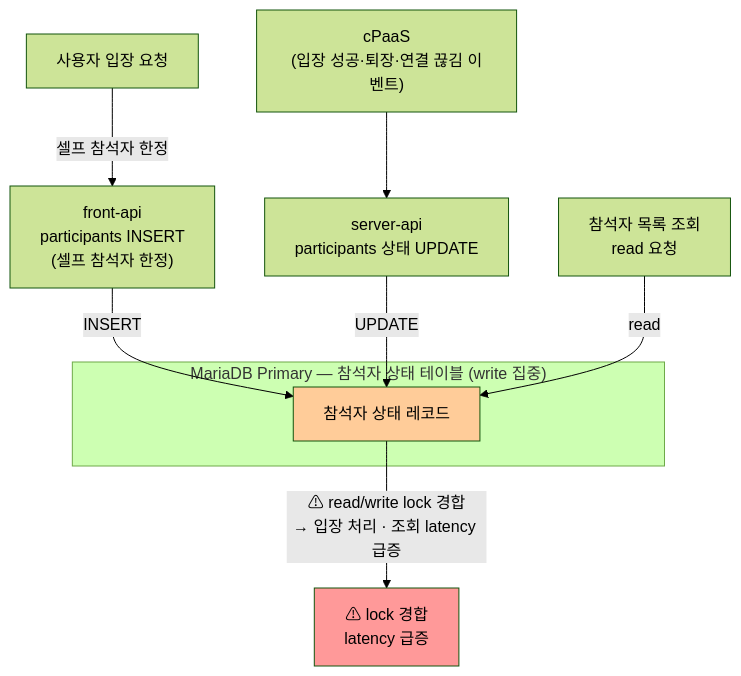
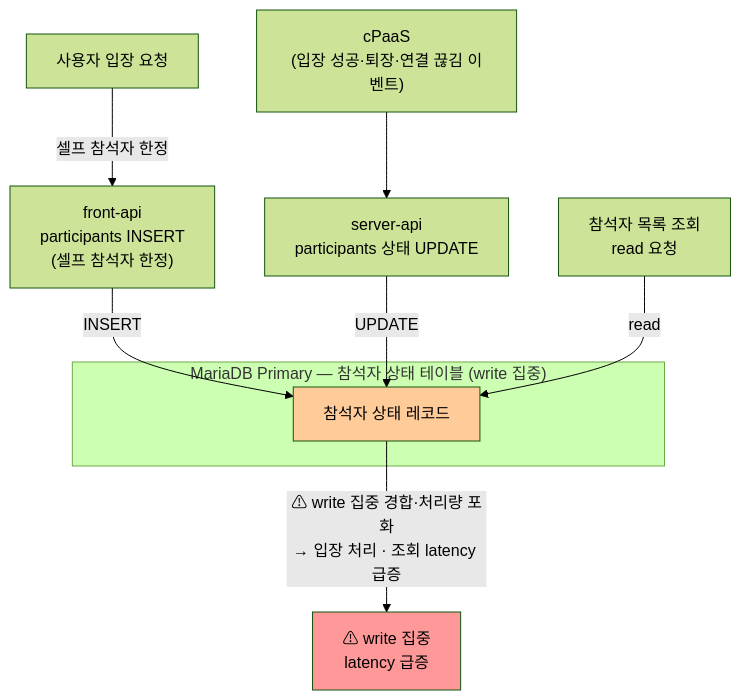
One commit to sujinnkim/A_Personal changed the sixth of 6 diagrams in report/1/1.2-이슈.md. Above: the diagram before and after it, drawn with Mermaid (forest theme). The commit also changed other lines of this file and 181 other files, not shown here.

````diff
--- a/report/1/1.2-이슈.md
+++ b/report/1/1.2-이슈.md
@@ -254,26 +254,26 @@
 ```mermaid
 flowchart TD
     USER["사용자 입장 요청"]
     FA_W["front-api\nparticipants INSERT\n(셀프 참석자 한정)"]
     CPAAS["cPaaS\n(입장 성공·퇴장·연결 끊김 이벤트)"]
     SA_W["server-api\nparticipants 상태 UPDATE"]
     QR["참석자 목록 조회\nread 요청"]
 
     USER -->|"셀프 참석자 한정"| FA_W
 
     subgraph DB["MariaDB Primary — 참석자 상태 테이블 (write 집중)"]
         TBL["참석자 상태 레코드"]
     end
 
     FA_W -->|"INSERT"| TBL
     CPAAS --> SA_W
     SA_W -->|"UPDATE"| TBL
     QR -->|read| TBL
 
-    TBL -->|"⚠ read/write lock 경합\n→ 입장 처리 · 조회 latency 급증"| LOCK["⚠ lock 경합\nlatency 급증"]
+    TBL -->|"⚠ write 집중 경합·처리량 포화\n→ 입장 처리 · 조회 latency 급증"| LOCK["⚠ write 집중\nlatency 급증"]
 
     style TBL fill:#ffcc99,color:#000
     style LOCK fill:#ff9999,color:#000
     linkStyle 1 curve:step
     linkStyle 4 curve:step
 ```
````
